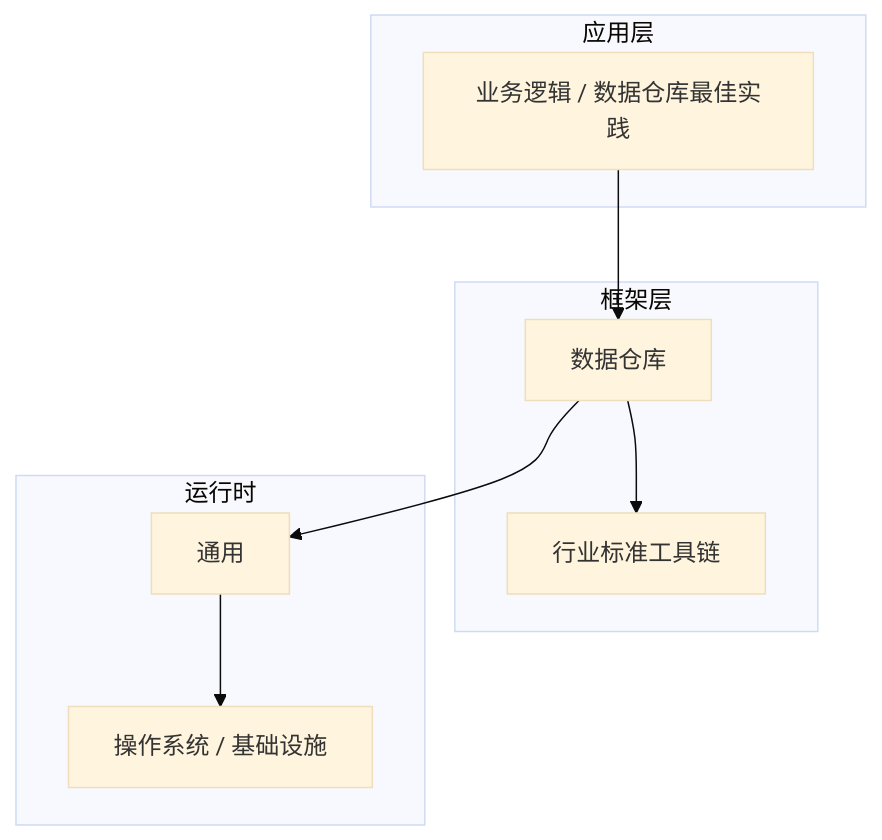
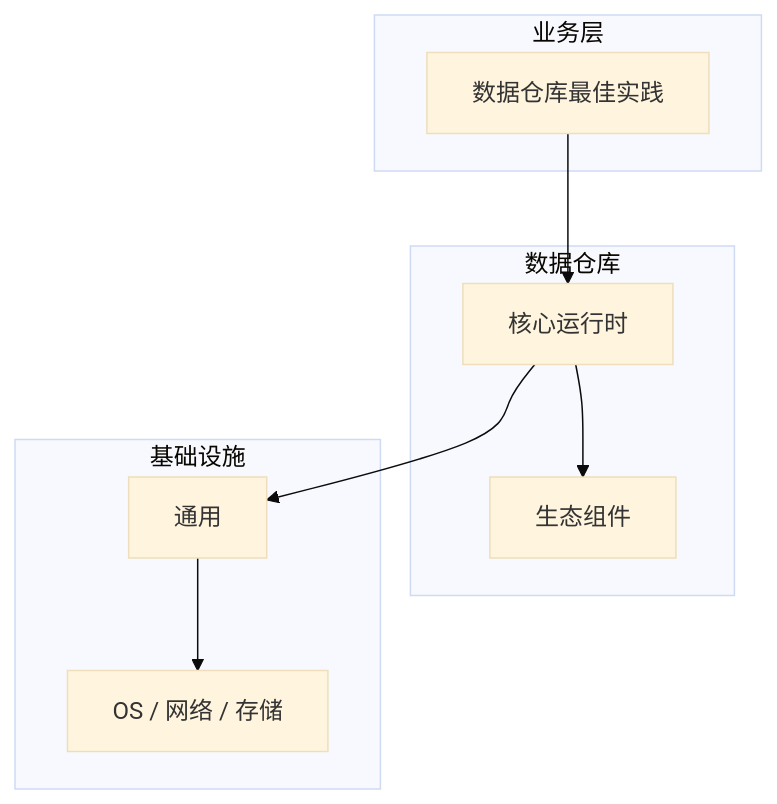
Before and after one commit to yanggan2015/knowledge-json-v2: the diagram in articles/数据仓库/chapters/076-数据仓库最佳实践核心概念与原理.md, drawn with Mermaid (base theme). The commit also changed other lines of this file and 10127 other files, not shown here.

````diff
--- a/articles/数据仓库/chapters/076-数据仓库最佳实践核心概念与原理.md
+++ b/articles/数据仓库/chapters/076-数据仓库最佳实践核心概念与原理.md
@@ -45,18 +34,18 @@
 ```mermaid
 graph TB
-    subgraph 应用层
-        A[业务逻辑 / 数据仓库最佳实践]
+    subgraph 业务层
+        A[数据仓库最佳实践]
     end
-    subgraph 框架层
-        B[数据仓库]
-        C[行业标准工具链]
+    subgraph 数据仓库
+        B[核心运行时]
+        C[生态组件]
     end
-    subgraph 运行时
+    subgraph 基础设施
         D[通用]
-        E[操作系统 / 基础设施]
+        E[OS / 网络 / 存储]
     end
     A --> B
     B --> C
     B --> D
     D --> E
 ```
````
